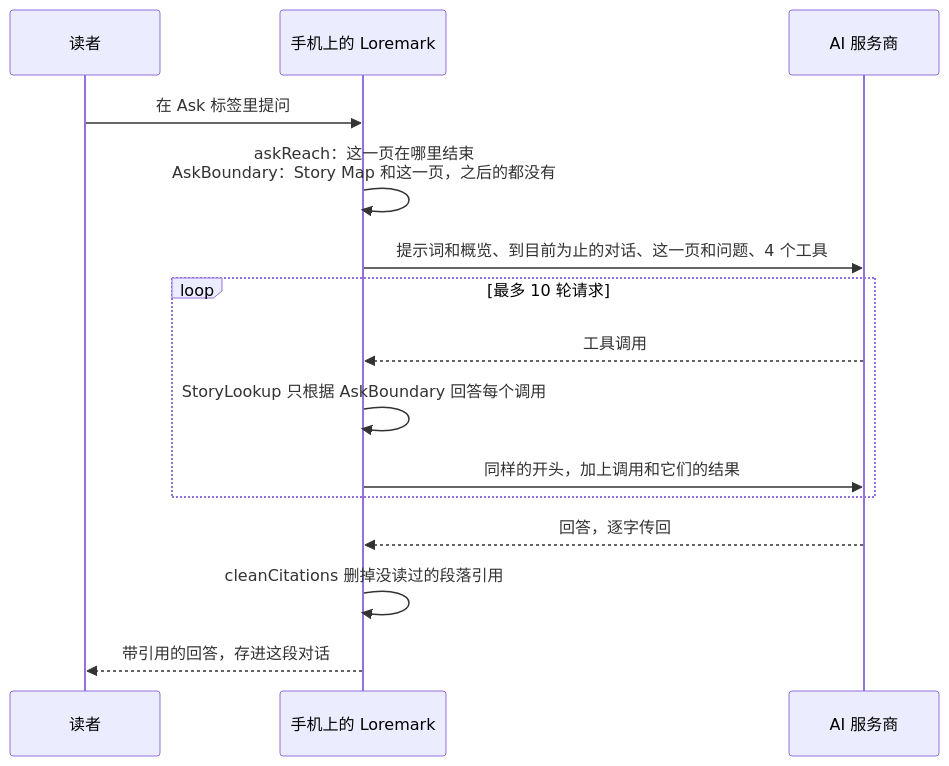
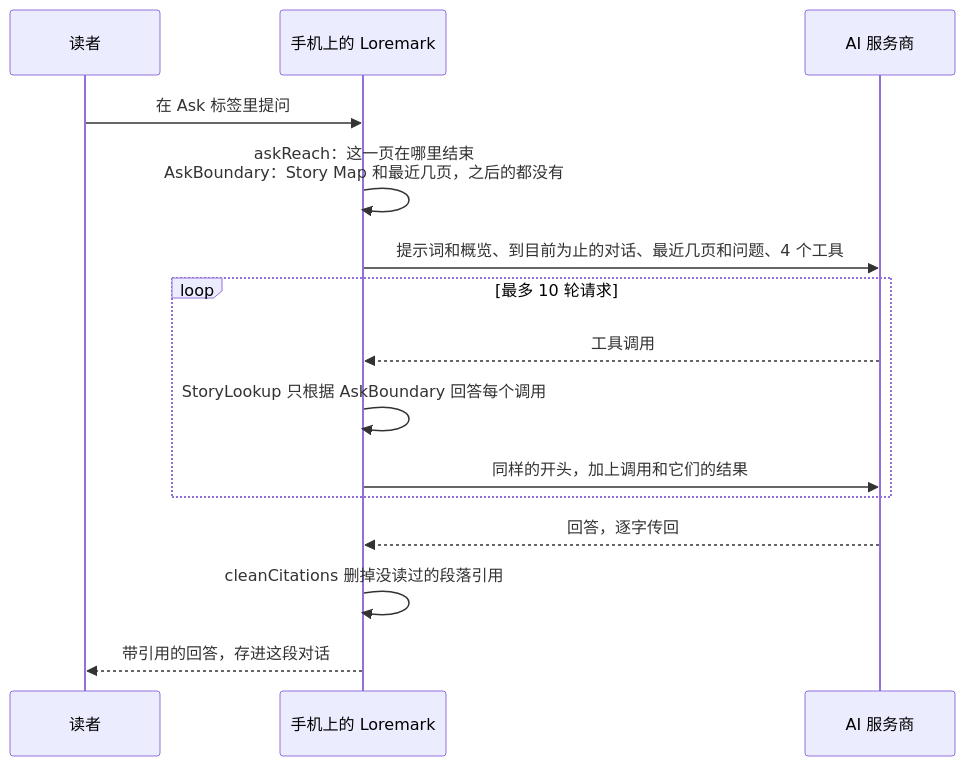
The diagram in docs/ask.zh-CN.md (bennyxzeng/Loremark), drawn with Mermaid before and after one commit. The commit also changed other lines of this file and 20 other files, not shown here.

````diff
--- a/docs/ask.zh-CN.md
+++ b/docs/ask.zh-CN.md
@@ -52,17 +52,17 @@
 ```mermaid
 sequenceDiagram
     participant R as 读者
     participant A as 手机上的 Loremark
     participant P as AI 服务商
     R->>A: 在 Ask 标签里提问
-    A->>A: askReach：这一页在哪里结束<br/>AskBoundary：Story Map 和这一页，之后的都没有
-    A->>P: 提示词和概览、到目前为止的对话、这一页和问题、4 个工具
+    A->>A: askReach：这一页在哪里结束<br/>AskBoundary：Story Map 和最近几页，之后的都没有
+    A->>P: 提示词和概览、到目前为止的对话、最近几页和问题、4 个工具
     loop 最多 10 轮请求
         P-->>A: 工具调用
         A->>A: StoryLookup 只根据 AskBoundary 回答每个调用
         A->>P: 同样的开头，加上调用和它们的结果
     end
     P-->>A: 回答，逐字传回
     A->>A: cleanCitations 删掉没读过的段落引用
     A-->>R: 带引用的回答，存进这段对话
 ```
````
